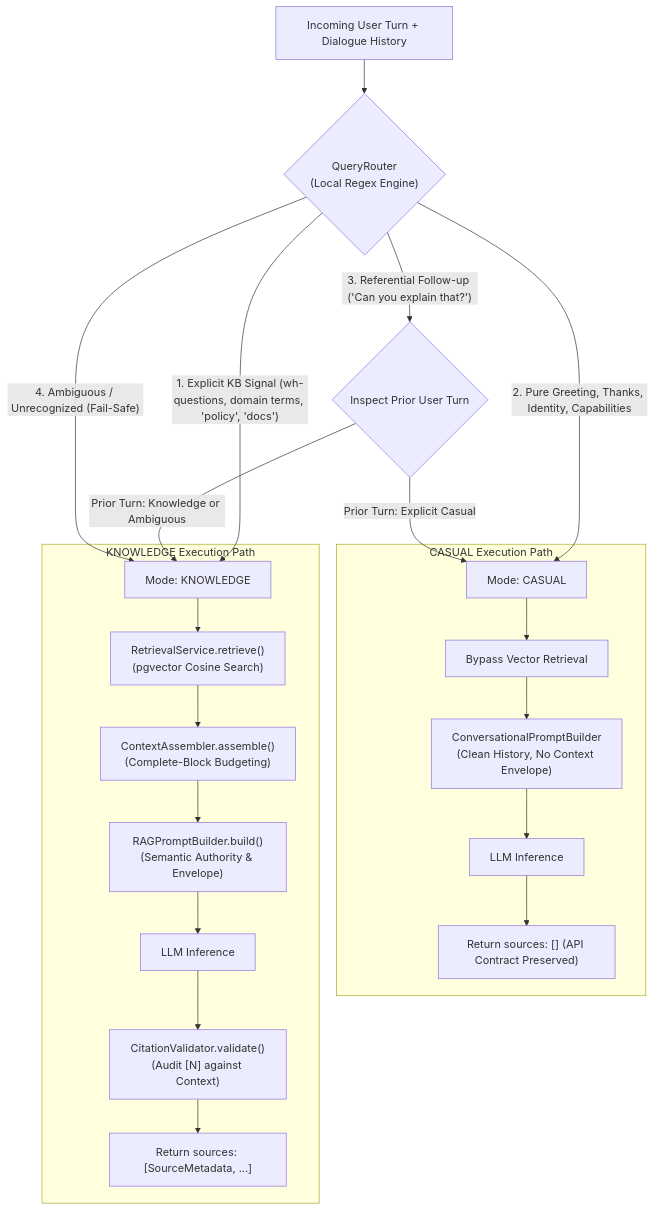
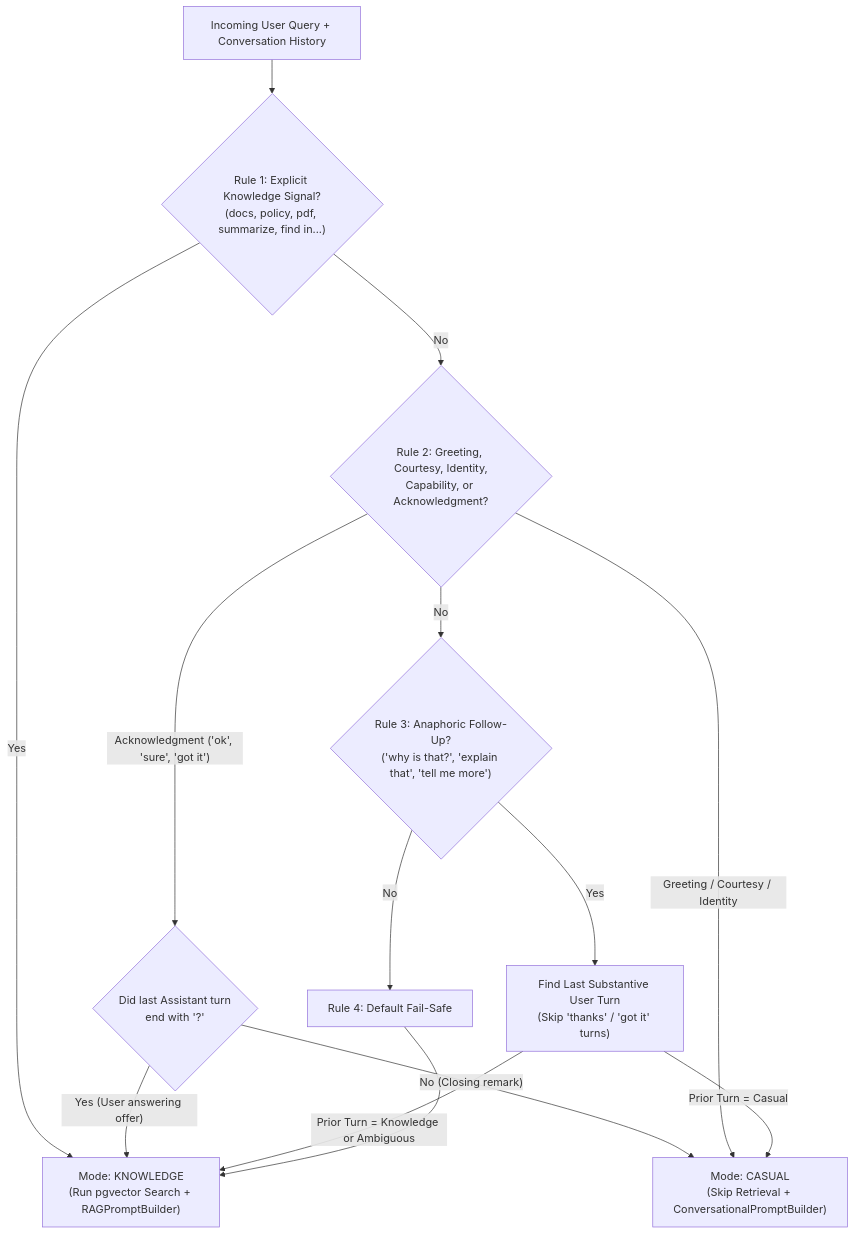
Before and after one commit to theeaashish/Outbox-RAG: the eighth of 9 diagrams in README.md, drawn with Mermaid. The commit also changed other lines of this file, not shown here.

Commit message:
docs: refactor architecture documentation and update repository references

````diff
--- a/README.md
+++ b/README.md
@@ -347,27 +320,20 @@
 ```mermaid
 flowchart TD
-    Turn["Incoming User Turn + Dialogue History"] --> QR{"QueryRouter<br/>(Local Regex Engine)"}
-    
-    QR -->|"1. Explicit KB Signal (wh-questions, domain terms, 'policy', 'docs')"| KM["Mode: KNOWLEDGE"]
-    QR -->|"2. Pure Greeting, Thanks, Identity, Capabilities"| CM["Mode: CASUAL"]
-    QR -->|"3. Referential Follow-up ('Can you explain that?')"| FU{"Inspect Prior User Turn"}
-    FU -->|"Prior Turn: Knowledge or Ambiguous"| KM
-    FU -->|"Prior Turn: Explicit Casual"| CM
-    QR -->|"4. Ambiguous / Unrecognized (Fail-Safe)"| KM
+    Input["Incoming User Query + Conversation History"] --> R1{"Rule 1: Explicit Knowledge Signal?<br/>(docs, policy, pdf, summarize, find in...)"}
 
-    subgraph CasualExecution ["CASUAL Execution Path"]
-        CM --> SkipRet["Bypass Vector Retrieval"]
-        SkipRet --> ConvPB["ConversationalPromptBuilder<br/>(Clean History, No Context Envelope)"]
-        ConvPB --> LLMCasual["LLM Inference"]
-        LLMCasual --> EmptySources["Return sources: [] (API Contract Preserved)"]
-    end
+    R1 -->|"Yes"| Knowledge["Mode: KNOWLEDGE<br/>(Run pgvector Search + RAGPromptBuilder)"]
+    R1 -->|"No"| R2{"Rule 2: Greeting, Courtesy, Identity,<br/>Capability, or Acknowledgment?"}
 
-    subgraph KnowledgeExecution ["KNOWLEDGE Execution Path"]
-        KM --> VectorRet["RetrievalService.retrieve()<br/>(pgvector Cosine Search)"]
-        VectorRet --> CtxAsm["ContextAssembler.assemble()<br/>(Complete-Block Budgeting)"]
-        CtxAsm --> RagPB["RAGPromptBuilder.build()<br/>(Semantic Authority & Envelope)"]
-        RagPB --> LLMKnowledge["LLM Inference"]
-        LLMKnowledge --> CitVal["CitationValidator.validate()<br/>(Audit [N] against Context)"]
-        CitVal --> PopulatedSources["Return sources: [SourceMetadata, ...]"]
-    end
+    R2 -->|"Acknowledgment ('ok', 'sure', 'got it')"| QGuard{"Did last Assistant turn<br/>end with '?'"}
+    QGuard -->|"Yes (User answering offer)"| Knowledge
+    QGuard -->|"No (Closing remark)"| Casual["Mode: CASUAL<br/>(Skip Retrieval + ConversationalPromptBuilder)"]
+    R2 -->|"Greeting / Courtesy / Identity"| Casual
+
+    R2 -->|"No"| R3{"Rule 3: Anaphoric Follow-Up?<br/>('why is that?', 'explain that', 'tell me more')"}
+    R3 -->|"Yes"| Anchor["Find Last Substantive User Turn<br/>(Skip 'thanks' / 'got it' turns)"]
+    Anchor -->|"Prior Turn = Knowledge or Ambiguous"| Knowledge
+    Anchor -->|"Prior Turn = Casual"| Casual
+
+    R3 -->|"No"| R4["Rule 4: Default Fail-Safe"]
+    R4 --> Knowledge
 ```
````
